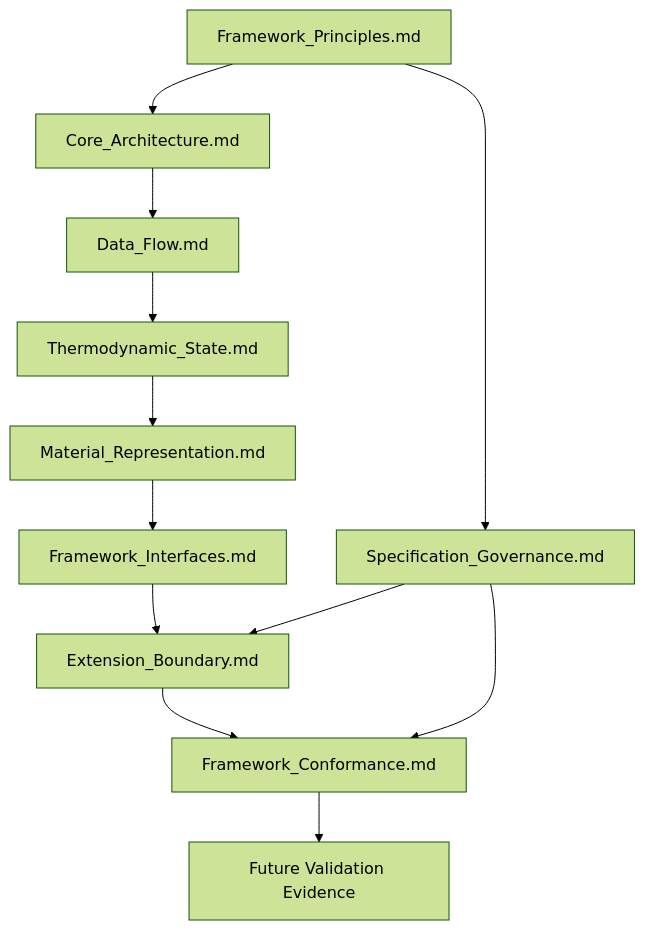
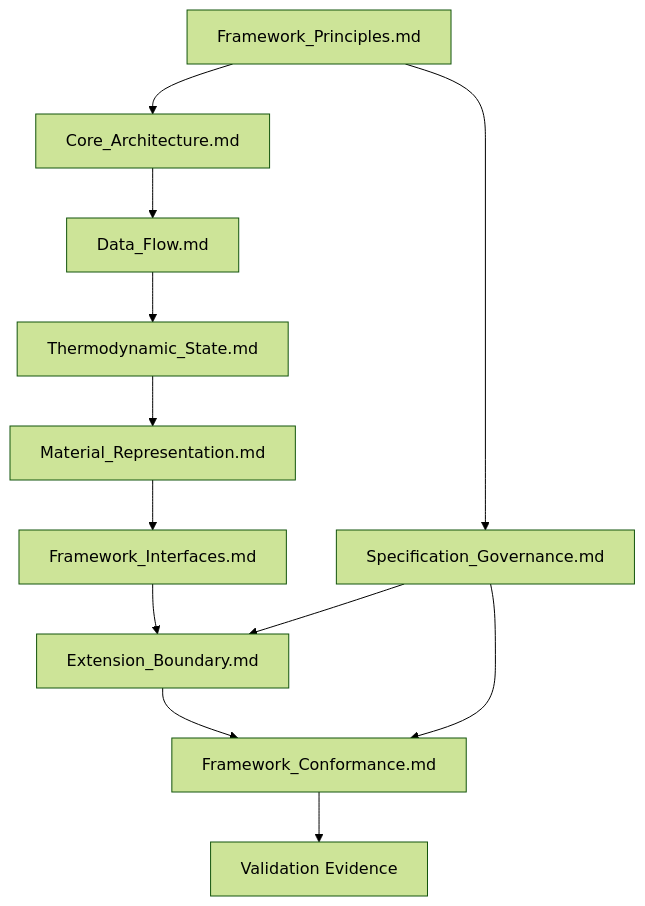
The first of 2 diagrams in Documentation/Specification_Index.md (ra-an-y/ThermoCore), drawn with Mermaid (forest theme) before and after one commit. The commit also changed other lines of this file, not shown here.

Commit message:
docs: align specification index with published validation

````diff
--- a/Documentation/Specification_Index.md
+++ b/Documentation/Specification_Index.md
@@ -18,25 +18,25 @@
 ```mermaid
 flowchart TD
     FP["Framework_Principles.md"]
     CA["Core_Architecture.md"]
     DF["Data_Flow.md"]
     TS["Thermodynamic_State.md"]
     MR["Material_Representation.md"]
     FI["Framework_Interfaces.md"]
     SG["Specification_Governance.md"]
     EB["Extension_Boundary.md"]
     FC["Framework_Conformance.md"]
-    VE["Future Validation Evidence"]
+    VE["Validation Evidence"]
 
     FP --> CA
     FP --> SG
     CA --> DF
     DF --> TS
     TS --> MR
     MR --> FI
     FI --> EB
     SG --> EB
     EB --> FC
     SG --> FC
     FC --> VE
 ```
````
